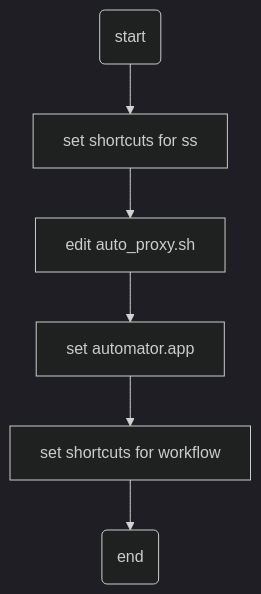
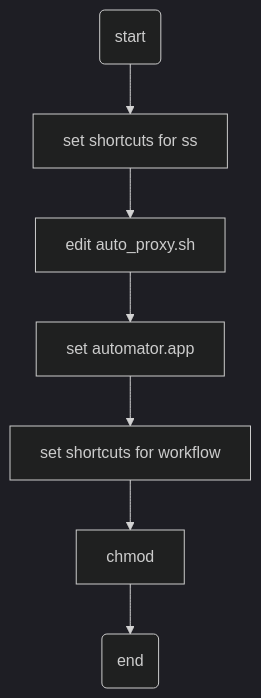
Before and after one commit to idlewith/blog: the diagram in docs/apple.md, drawn with Mermaid (dark theme). The commit also changed other lines of this file and 1 other file, not shown here.

````diff
--- a/docs/apple.md
+++ b/docs/apple.md
@@ -9,8 +9,9 @@
 ```mermaid
 flowchart TD
 A(start) --> B[set shortcuts for ss]
 B --> C[edit auto_proxy.sh]
 C --> D[set automator.app]
 D --> E[set shortcuts for workflow]
-E --> F(end)
+E --> F[chmod]
+F --> G(end)
 ```
````
